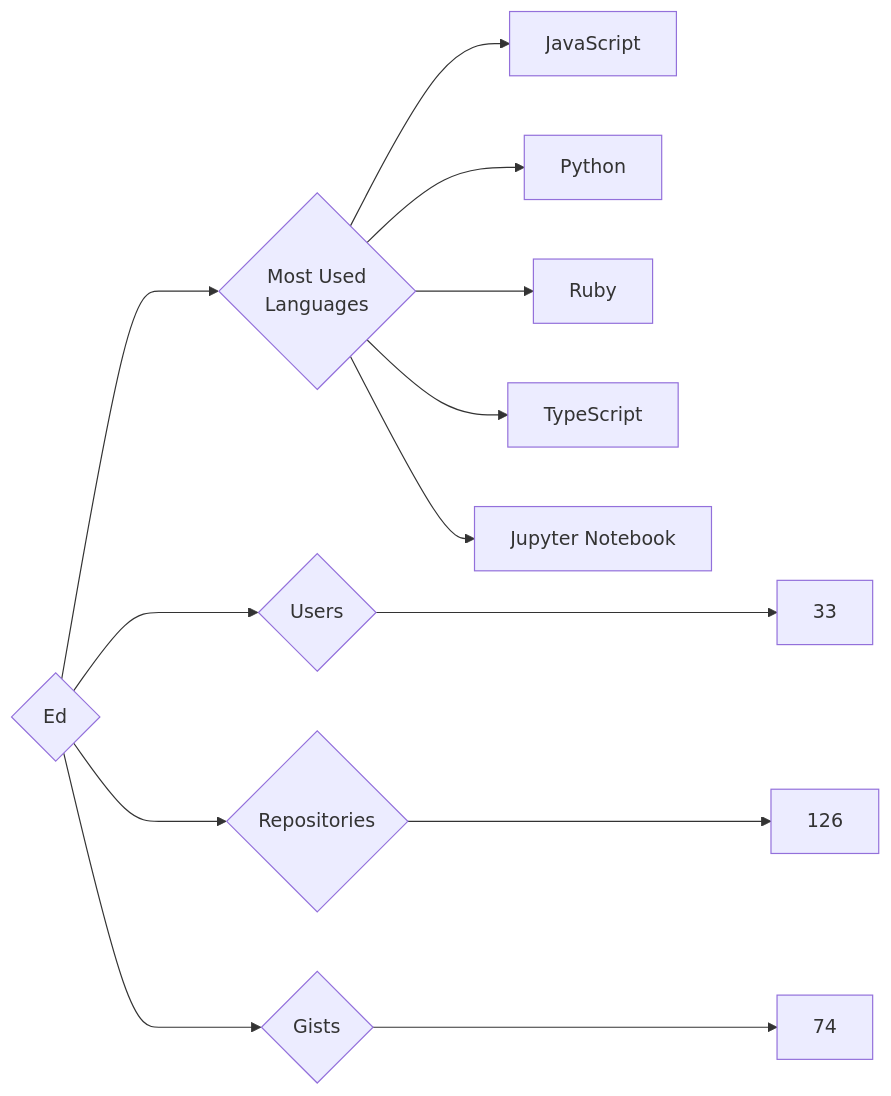
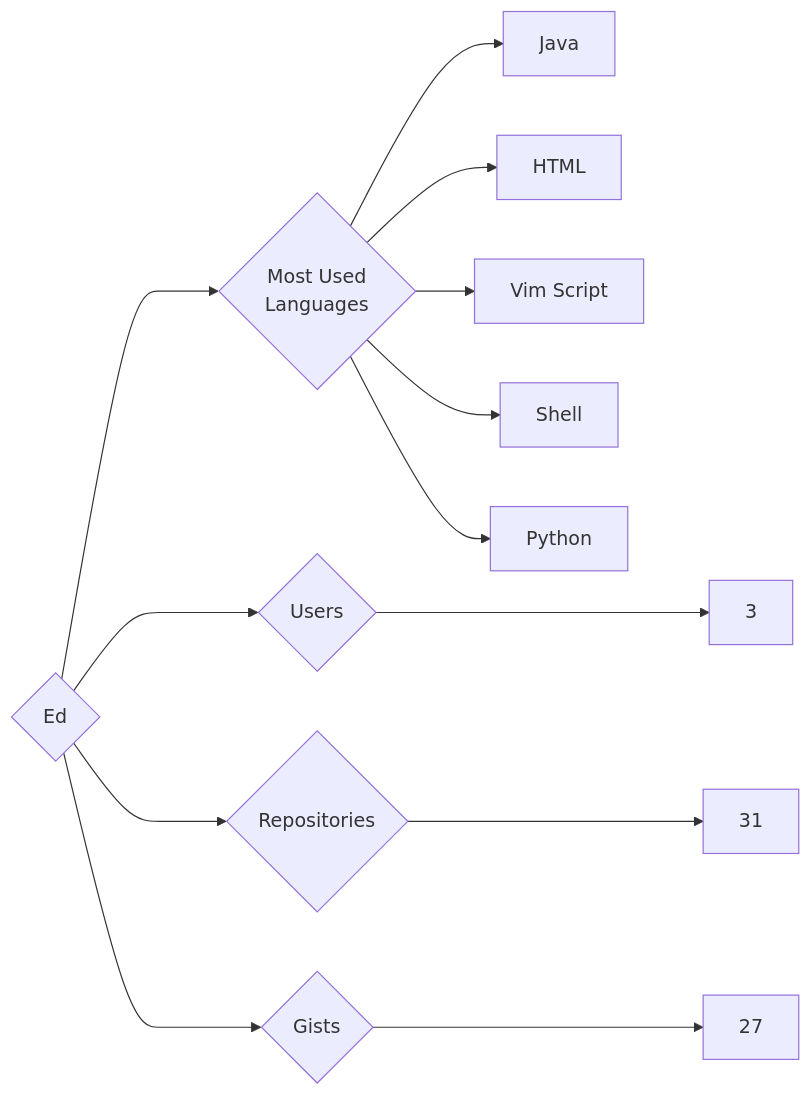
Before and after one commit to trickest/insiders: the diagram in targets/Ed/README.md, drawn with Mermaid. The commit also changed 681 other files, not shown here.

````diff
--- a/targets/Ed/README.md
+++ b/targets/Ed/README.md
@@ -3,13 +3,13 @@
 ```mermaid
 graph LR
 COMPANY_NAME{Ed}
-COMPANY_NAME ---> U{Users} ---> UN[33]
-COMPANY_NAME ---> R{Repositories} ---> RN[126]
-COMPANY_NAME ---> G{Gists} ---> GN[74]
+COMPANY_NAME ---> U{Users} ---> UN[3]
+COMPANY_NAME ---> R{Repositories} ---> RN[31]
+COMPANY_NAME ---> G{Gists} ---> GN[27]
 COMPANY_NAME ---> ML{Most Used<br>Languages}
-ML --> JavaScript[JavaScript]
+ML --> Java[Java]
+ML --> HTML[HTML]
+ML --> Vim_Script[Vim Script]
+ML --> Shell[Shell]
 ML --> Python[Python]
-ML --> Ruby[Ruby]
-ML --> TypeScript[TypeScript]
-ML --> Jupyter_Notebook[Jupyter Notebook]
 ```
````
